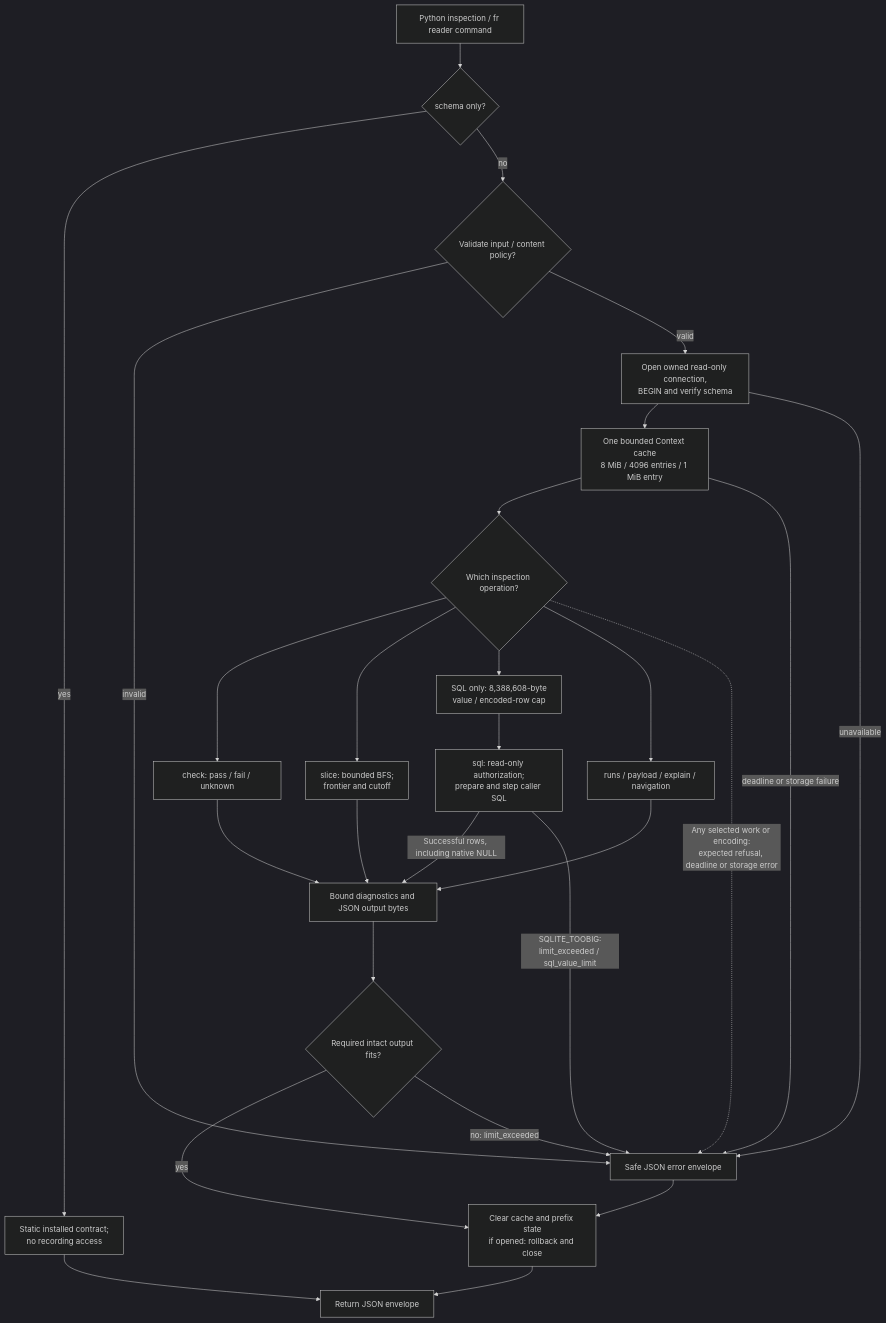
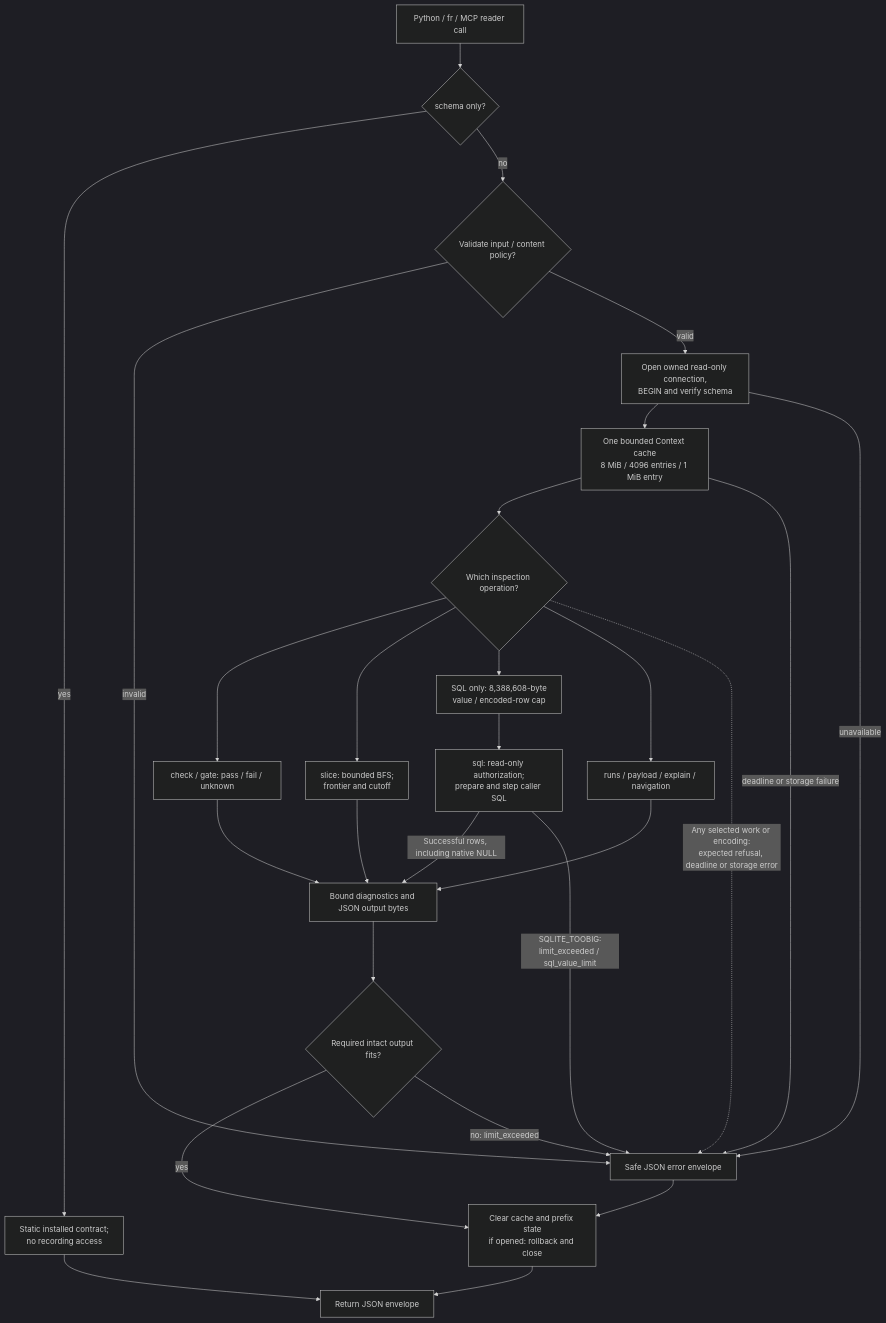
One commit to Steady-Hand-AI/mcp-flightrecorder changed the eighth of 13 diagrams in docs/architecture.md. Above: the diagram before and after it, drawn with Mermaid (dark theme). The commit also changed other lines of this file and 40 other files, not shown here.

Commit message:
Add fixed-recording MCP inspection and evidence gate

````diff
--- a/docs/architecture.md
+++ b/docs/architecture.md
@@ -605,37 +619,37 @@
 ```mermaid
 flowchart TD
-    Call["Python inspection / fr reader command"]
+    Call["Python / fr / MCP reader call"]
     Validate{"Validate input / content policy?"}
     Refuse["Safe JSON error envelope"]
     Open["Open owned read-only connection,<br/>BEGIN and verify schema"]
     Cache["One bounded Context cache<br/>8 MiB / 4096 entries / 1 MiB entry"]
     Select{"Which inspection operation?"}
-    Check["check: pass / fail / unknown"]
+    Check["check / gate: pass / fail / unknown"]
     Slice["slice: bounded BFS;<br/>frontier and cutoff"]
     ValueCap["SQL only: 8,388,608-byte<br/>value / encoded-row cap"]
     SQL["sql: read-only authorization;<br/>prepare and step caller SQL"]
     Browse["runs / payload / explain / navigation"]
     Finish["Bound diagnostics and JSON output bytes"]
     Cleanup["Clear cache and prefix state<br/>if opened: rollback and close"]
     Return["Return JSON envelope"]
     Static{"schema only?"}
     Schema["Static installed contract;<br/>no recording access"]
     Fits{"Required intact output fits?"}
     Call --> Static
     Static -->|yes| Schema --> Return
     Static -->|no| Validate
     Validate -->|invalid| Refuse --> Cleanup
     Validate -->|valid| Open --> Cache --> Select
     Open -->|unavailable| Refuse
     Cache -->|deadline or storage failure| Refuse
     Select --> Check --> Finish
     Select --> Slice --> Finish
     Select --> ValueCap --> SQL
     SQL -->|Successful rows, including native NULL| Finish
     SQL -->|SQLITE_TOOBIG:<br/>limit_exceeded / sql_value_limit| Refuse
     Select --> Browse --> Finish
     Select -.->|Any selected work or encoding:<br/>expected refusal, deadline or storage error| Refuse
     Finish --> Fits
     Fits -->|yes| Cleanup --> Return
     Fits -->|no: limit_exceeded| Refuse
 ```
````
